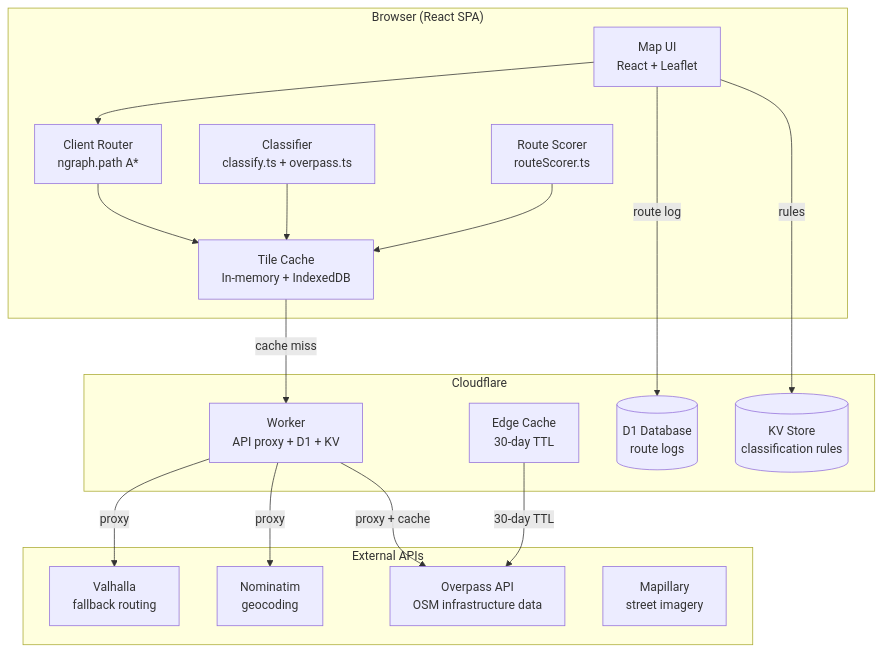
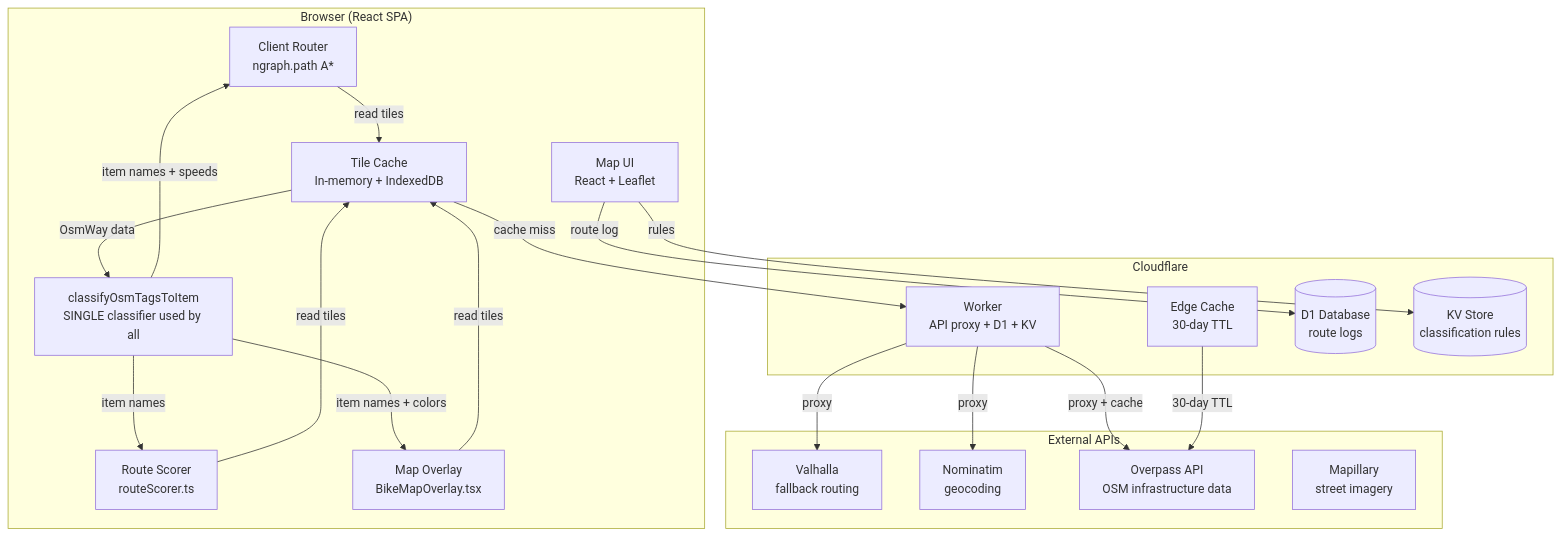
Before and after one commit to fryanpan/bike-route-finder: the first of 4 diagrams in docs/product/architecture.md, drawn with Mermaid. The commit also changed other lines of this file and 2 other files, not shown here.

Commit message:
fix: toddler walking speed 3 km/h, architecture shows shared classifier (#107)
Walking and painted bike lane both 3 km/h for toddler mode — between
toddler walking and slow biking on sidewalk with people.

Architecture diagram updated to show classifyOsmTagsToItem as the
single classification function used by overlay, router, and scorer.

````diff
--- a/docs/product/architecture.md
+++ b/docs/product/architecture.md
@@ -5,36 +5,40 @@
 ```mermaid
 graph TB
     subgraph "Browser (React SPA)"
         UI[Map UI<br/>React + Leaflet]
         ClientRouter[Client Router<br/>ngraph.path A*]
         TileCache[Tile Cache<br/>In-memory + IndexedDB]
-        Classify[Classifier<br/>classify.ts + overpass.ts]
+        Classify[classifyOsmTagsToItem<br/>SINGLE classifier used by all]
         Scorer[Route Scorer<br/>routeScorer.ts]
+        Overlay[Map Overlay<br/>BikeMapOverlay.tsx]
     end
 
     subgraph "Cloudflare"
         Worker[Worker<br/>API proxy + D1 + KV]
         EdgeCache[Edge Cache<br/>30-day TTL]
         D1[(D1 Database<br/>route logs)]
         KV[(KV Store<br/>classification rules)]
     end
 
     subgraph "External APIs"
         Valhalla[Valhalla<br/>fallback routing]
         Nominatim[Nominatim<br/>geocoding]
         Overpass[Overpass API<br/>OSM infrastructure data]
         Mapillary[Mapillary<br/>street imagery]
     end
 
-    UI --> ClientRouter
-    ClientRouter --> TileCache
+    TileCache -->|OsmWay data| Classify
+    Classify -->|item names + speeds| ClientRouter
+    Classify -->|item names + colors| Overlay
+    Classify -->|item names| Scorer
+    ClientRouter -->|read tiles| TileCache
+    Overlay -->|read tiles| TileCache
+    Scorer -->|read tiles| TileCache
     TileCache -->|cache miss| Worker
     Worker -->|proxy + cache| Overpass
     Worker -->|proxy| Valhalla
     Worker -->|proxy| Nominatim
-    Classify --> TileCache
-    Scorer --> TileCache
     UI -->|route log| D1
     UI -->|rules| KV
     EdgeCache -->|30-day TTL| Overpass
 ```
````
